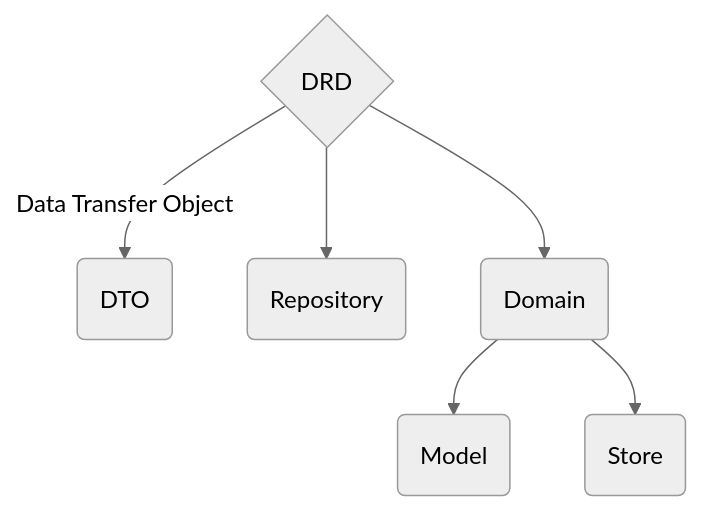
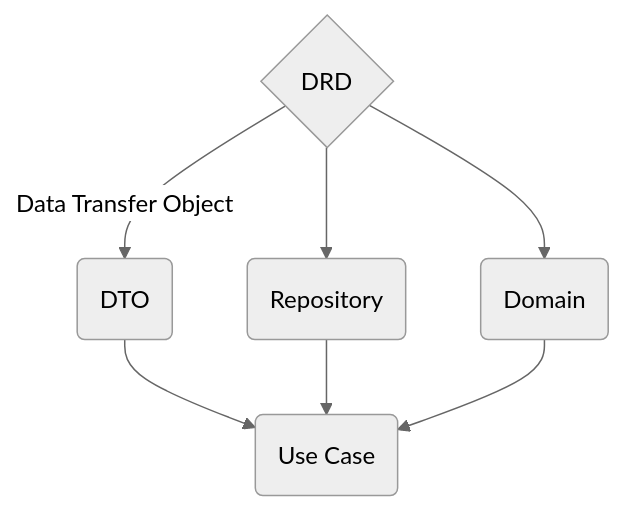
Before and after one commit to Walikuperek/quak-docs: the diagram in pages/learn/architecture/drd-frontend.mdx, drawn with Mermaid (neutral theme). The commit also changed other lines of this file and 115 other files, not shown here.

````diff
--- a/pages/learn/architecture/drd-frontend.mdx
+++ b/pages/learn/architecture/drd-frontend.mdx
@@ -11,10 +13,12 @@
 ```mermaid
 flowchart TD
     C{DRD}
     C -->|Data Transfer Object| D(DTO)
     C --> E(Repository)
     C --> F(Domain)
 
-    F --> G(Model)
-    F --> H(Store)
+    G(Use Case)
+    D --> G
+    E --> G
+    F --> G
 ```
````
